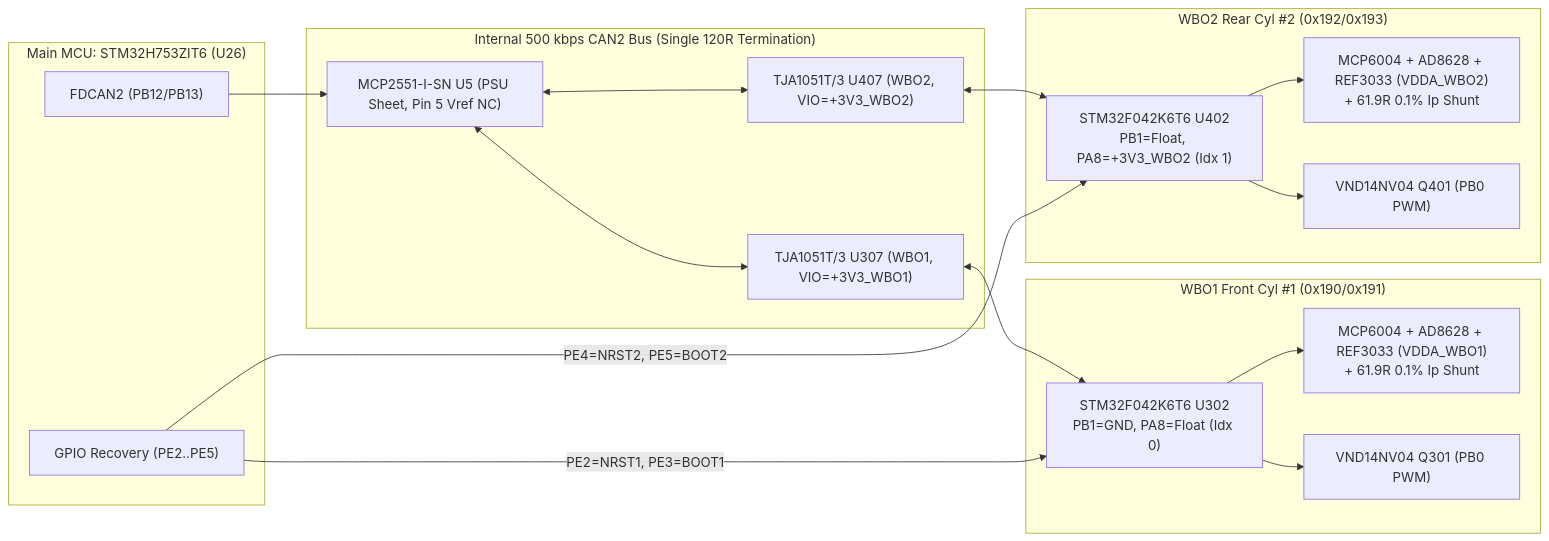
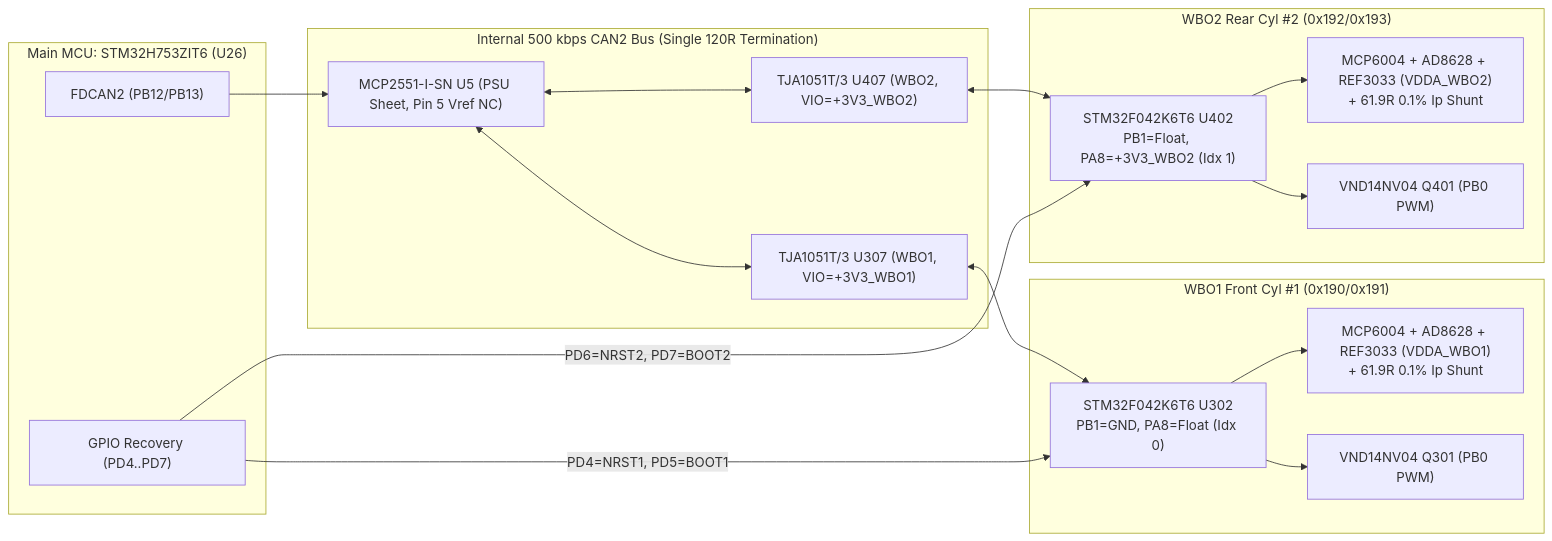
One commit to halbritt/fome-mc changed the diagram in docs/DESIGN.md. Above: the diagram before and after it, drawn with Mermaid. The commit also changed other lines of this file and 10 other files, not shown here.

Commit message:
Re-integrate ATWINC1500-MR210UB Wi-Fi on SPI4 and remap WBO1/2 reset/boot pins (FOMEMC-2)

````diff
--- a/docs/DESIGN.md
+++ b/docs/DESIGN.md
@@ -121,37 +122,37 @@
 ```mermaid
 flowchart LR
   subgraph H7["Main MCU: STM32H753ZIT6 (U26)"]
     CAN2_H7["FDCAN2 (PB12/PB13)"]
-    WBO_CTRL["GPIO Recovery (PE2..PE5)"]
+    WBO_CTRL["GPIO Recovery (PD4..PD7)"]
   end
 
   subgraph BUS["Internal 500 kbps CAN2 Bus (Single 120R Termination)"]
     TJA_H7["MCP2551-I-SN U5 (PSU Sheet, Pin 5 Vref NC)"]
     TJA_WB1["TJA1051T/3 U307 (WBO1, VIO=+3V3_WBO1)"]
     TJA_WB2["TJA1051T/3 U407 (WBO2, VIO=+3V3_WBO2)"]
   end
 
   subgraph WBO1["WBO1 Front Cyl #1 (0x190/0x191)"]
     F0_1["STM32F042K6T6 U302\nPB1=GND, PA8=Float (Idx 0)"]
     AFE_1["MCP6004 + AD8628 + REF3033 (VDDA_WBO1)\n+ 61.9R 0.1% Ip Shunt"]
     HTR_1["VND14NV04 Q301 (PB0 PWM)"]
   end
 
   subgraph WBO2["WBO2 Rear Cyl #2 (0x192/0x193)"]
     F0_2["STM32F042K6T6 U402\nPB1=Float, PA8=+3V3_WBO2 (Idx 1)"]
     AFE_2["MCP6004 + AD8628 + REF3033 (VDDA_WBO2)\n+ 61.9R 0.1% Ip Shunt"]
     HTR_2["VND14NV04 Q401 (PB0 PWM)"]
   end
 
   CAN2_H7 --> TJA_H7
   TJA_H7 <--> TJA_WB1
   TJA_H7 <--> TJA_WB2
   TJA_WB1 <--> F0_1
   TJA_WB2 <--> F0_2
-  WBO_CTRL -->|"PE2=NRST1, PE3=BOOT1"| F0_1
-  WBO_CTRL -->|"PE4=NRST2, PE5=BOOT2"| F0_2
+  WBO_CTRL -->|"PD4=NRST1, PD5=BOOT1"| F0_1
+  WBO_CTRL -->|"PD6=NRST2, PD7=BOOT2"| F0_2
   F0_1 --> AFE_1
   F0_1 --> HTR_1
   F0_2 --> AFE_2
   F0_2 --> HTR_2
 ```
````
